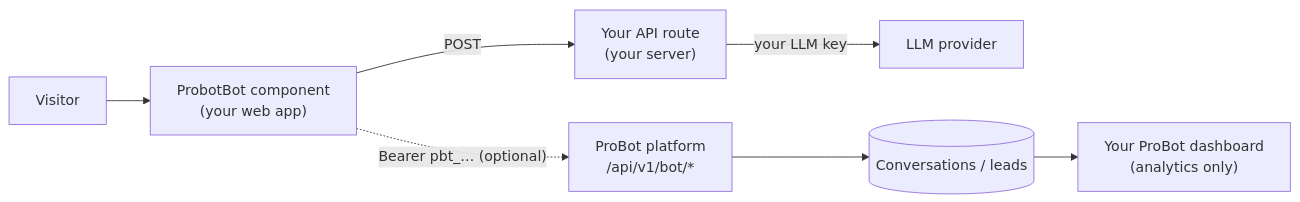
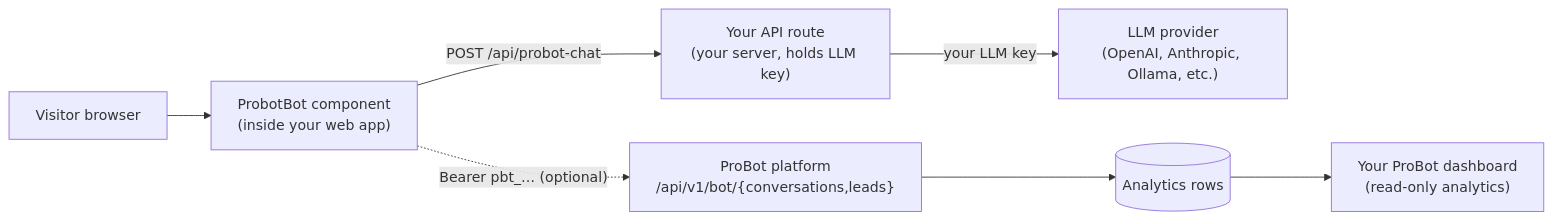
One commit to VishalPatil18/probot changed the diagram in docs/self-hosted-bot/index.mdx. Above: the diagram before and after it, drawn with Mermaid. The commit also changed other lines of this file and 9 other files, not shown here.

````diff
--- a/docs/self-hosted-bot/index.mdx
+++ b/docs/self-hosted-bot/index.mdx
@@ -25,9 +47,9 @@
 ```mermaid
 flowchart LR
-    Visitor["Visitor"] --> Widget["ProbotBot component<br/>(your web app)"]
-    Widget -->|"POST"| YourApi["Your API route<br/>(your server)"]
-    YourApi -->|"your LLM key"| LLM["LLM provider"]
-    Widget -.->|"Bearer pbt_… (optional)"| Platform["ProBot platform<br/>/api/v1/bot/*"]
-    Platform --> DB[("Conversations / leads")]
-    DB --> Dashboard["Your ProBot dashboard<br/>(analytics only)"]
+    Visitor["Visitor browser"] --> Widget["ProbotBot component<br/>(inside your web app)"]
+    Widget -->|"POST /api/probot-chat"| YourApi["Your API route<br/>(your server, holds LLM key)"]
+    YourApi -->|"your LLM key"| LLM["LLM provider<br/>(OpenAI, Anthropic, Ollama, etc.)"]
+    Widget -.->|"Bearer pbt_… (optional)"| Platform["ProBot platform<br/>/api/v1/bot/{conversations,leads}"]
+    Platform --> DB[("Analytics rows")]
+    DB --> Dashboard["Your ProBot dashboard<br/>(read-only analytics)"]
 ```
````
